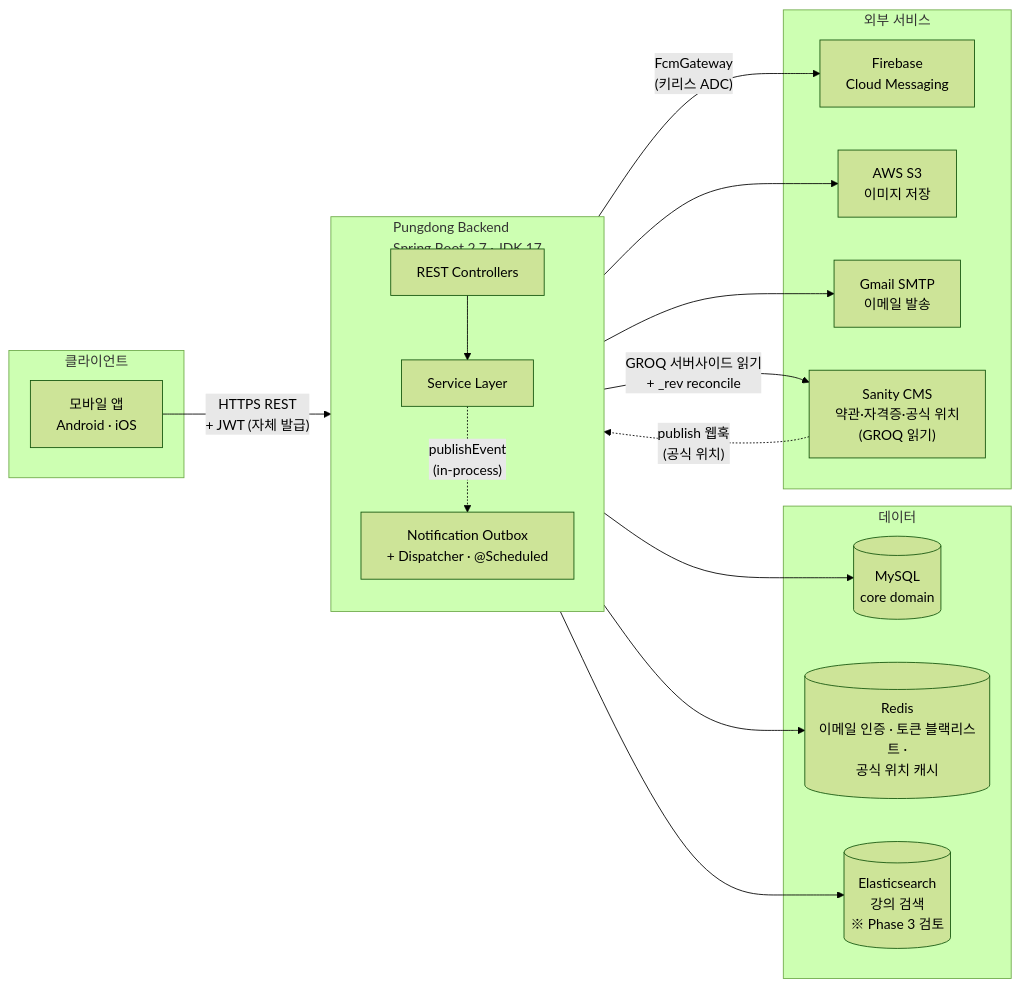
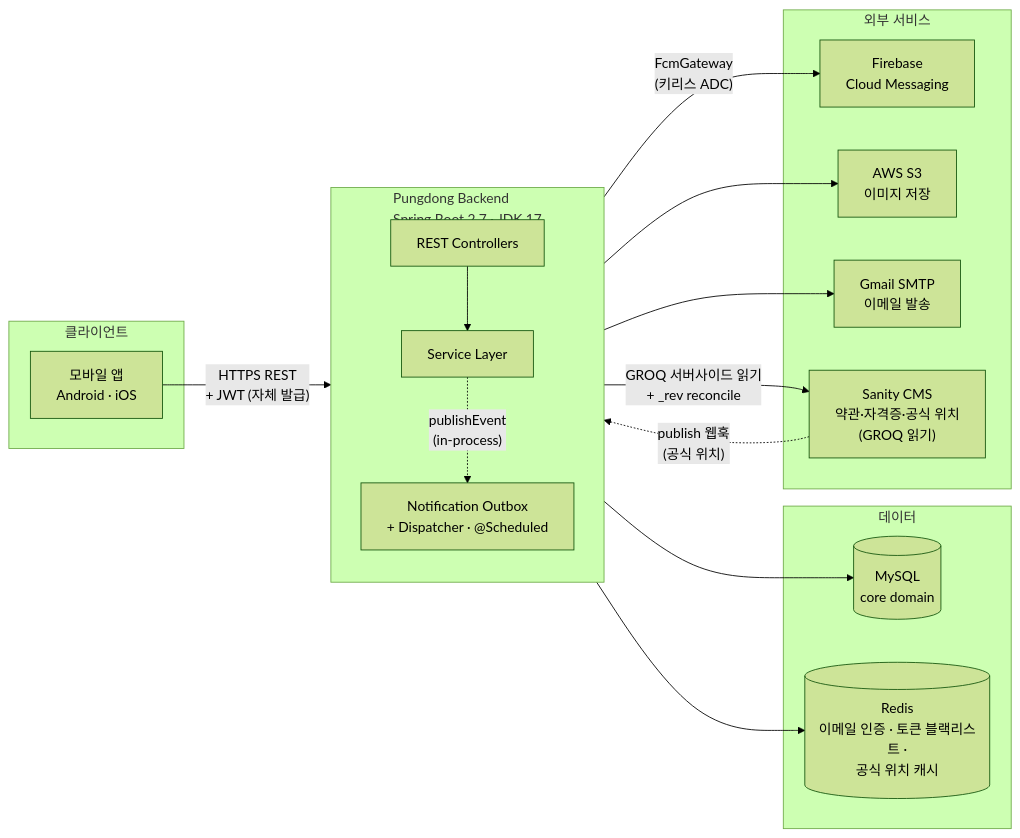
The diagram in README.md (pungdong/Pungdong-Backend), drawn with Mermaid (forest theme) before and after one commit. The commit also changed other lines of this file and 7 other files, not shown here.

````diff
--- a/README.md
+++ b/README.md
@@ -11,38 +11,36 @@
 ```mermaid
 flowchart LR
     subgraph Clients["클라이언트"]
         App["모바일 앱<br/>Android · iOS"]
     end
 
     subgraph Backend["Pungdong Backend<br/>Spring Boot 2.7 · JDK 17"]
         direction TB
         Controller["REST Controllers"]
         Service["Service Layer"]
         Notif["Notification Outbox<br/>+ Dispatcher · @Scheduled"]
         Controller --> Service
         Service -. "publishEvent<br/>(in-process)" .-> Notif
     end
 
     subgraph Data["데이터"]
         MySQL[("MySQL<br/>core domain")]
         Redis[("Redis<br/>이메일 인증 · 토큰 블랙리스트 ·<br/>공식 위치 캐시")]
-        ES[("Elasticsearch<br/>강의 검색<br/>※ Phase 3 검토")]
     end
 
     subgraph External["외부 서비스"]
         FCM["Firebase<br/>Cloud Messaging"]
         S3["AWS S3<br/>이미지 저장"]
         SMTP["Gmail SMTP<br/>이메일 발송"]
         Sanity["Sanity CMS<br/>약관·자격증·공식 위치<br/>(GROQ 읽기)"]
     end
 
     App -- "HTTPS REST<br/>+ JWT (자체 발급)" --> Controller
     Service --> MySQL
     Service --> Redis
-    Service --> ES
     Service --> S3
     Service --> SMTP
     Service -- "GROQ 서버사이드 읽기<br/>+ _rev reconcile" --> Sanity
     Sanity -. "publish 웹훅<br/>(공식 위치)" .-> Controller
     Notif -- "FcmGateway<br/>(키리스 ADC)" --> FCM
 ```
````
